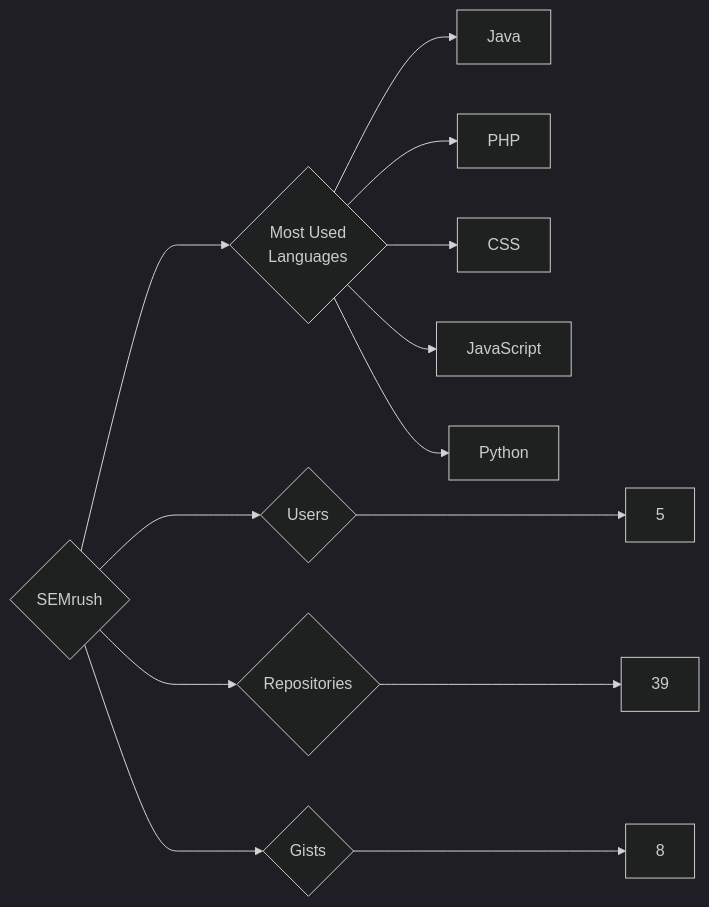
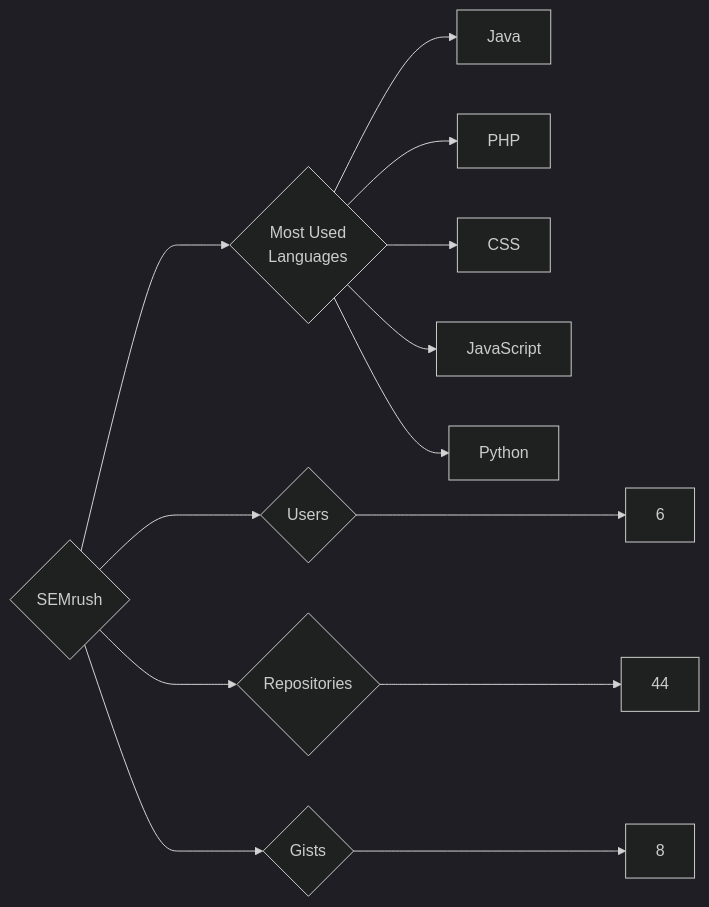
Before and after one commit to trickest/insiders: the diagram in targets/SEMrush/README.md, drawn with Mermaid (dark theme). The commit also changed 912 other files, not shown here.

````diff
--- a/targets/SEMrush/README.md
+++ b/targets/SEMrush/README.md
@@ -3,13 +3,13 @@
 ```mermaid
 graph LR
 COMPANY_NAME{SEMrush}
-COMPANY_NAME ---> U{Users} ---> UN[5]
-COMPANY_NAME ---> R{Repositories} ---> RN[39]
+COMPANY_NAME ---> U{Users} ---> UN[6]
+COMPANY_NAME ---> R{Repositories} ---> RN[44]
 COMPANY_NAME ---> G{Gists} ---> GN[8]
 COMPANY_NAME ---> ML{Most Used<br>Languages}
 ML --> Java[Java]
 ML --> PHP[PHP]
 ML --> CSS[CSS]
 ML --> JavaScript[JavaScript]
 ML --> Python[Python]
 ```
````
